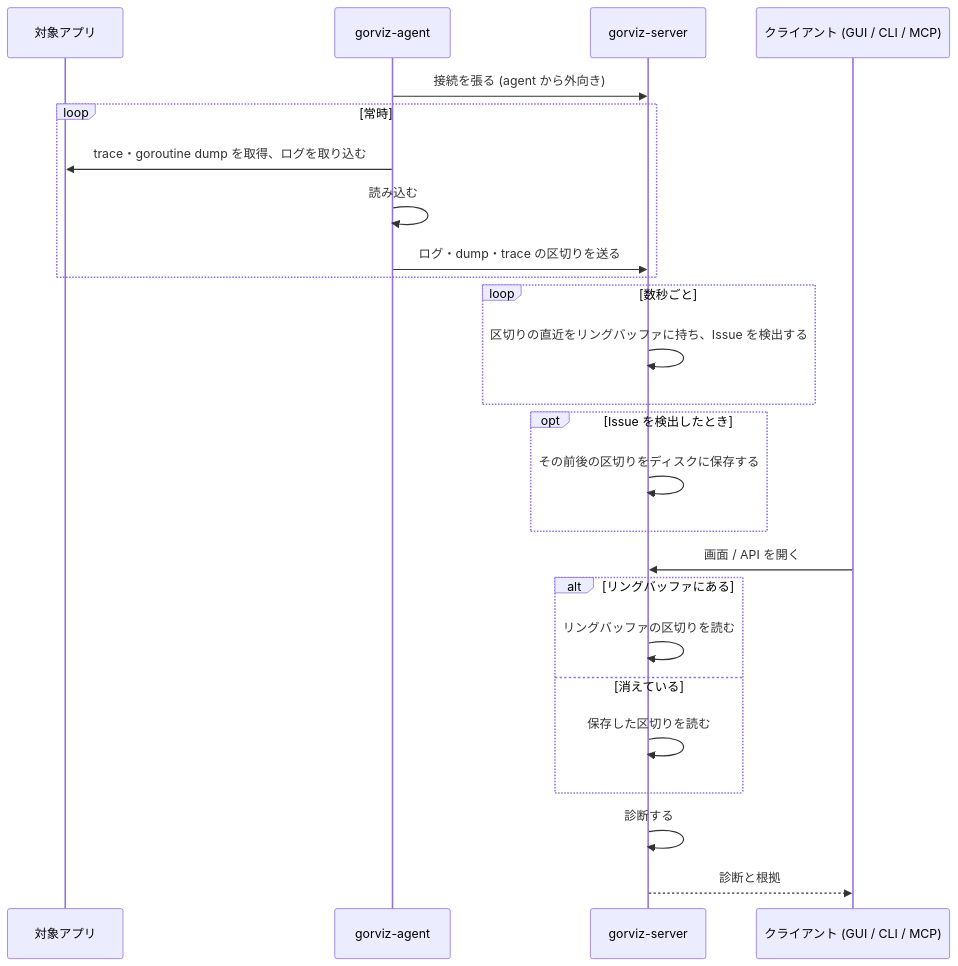
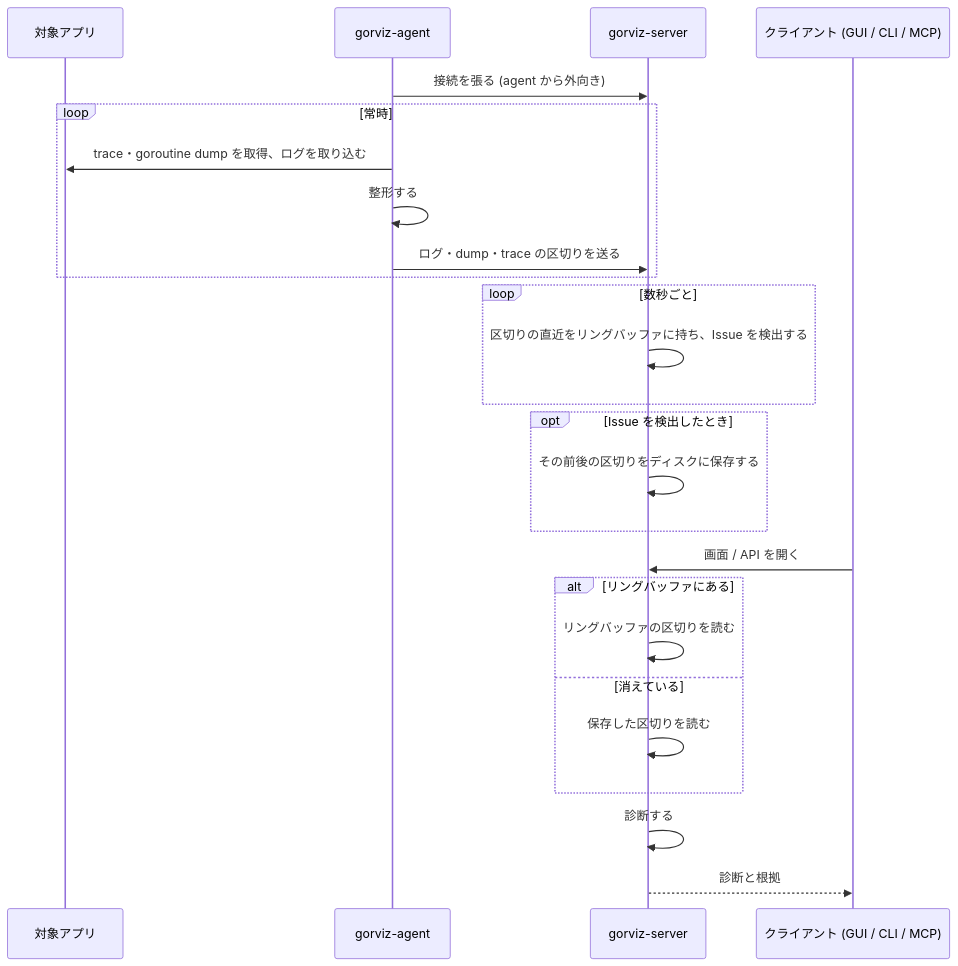
One commit to kakkky/gorviz changed the fourth of 4 diagrams in docs/design.md. Above: the diagram before and after it, drawn with Mermaid. The commit also changed other lines of this file, not shown here.

````diff
--- a/docs/design.md
+++ b/docs/design.md
@@ -149,28 +149,28 @@
 ```mermaid
 sequenceDiagram
     participant T as 対象アプリ
     participant A as gorviz-agent
     participant S as gorviz-server
     participant C as クライアント (GUI / CLI / MCP)
 
     A->>S: 接続を張る (agent から外向き)
     loop 常時
         A->>T: trace・goroutine dump を取得、ログを取り込む
-        A->>A: 読み込む
+        A->>A: 整形する
         A->>S: ログ・dump・trace の区切りを送る
     end
     loop 数秒ごと
         S->>S: 区切りの直近をリングバッファに持ち、Issue を検出する
     end
     opt Issue を検出したとき
         S->>S: その前後の区切りをディスクに保存する
     end
     C->>S: 画面 / API を開く
     alt リングバッファにある
         S->>S: リングバッファの区切りを読む
     else 消えている
         S->>S: 保存した区切りを読む
     end
     S->>S: 診断する
     S-->>C: 診断と根拠
 ```
````
